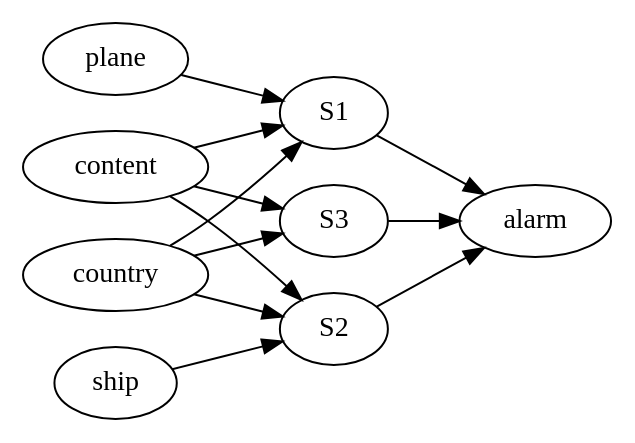
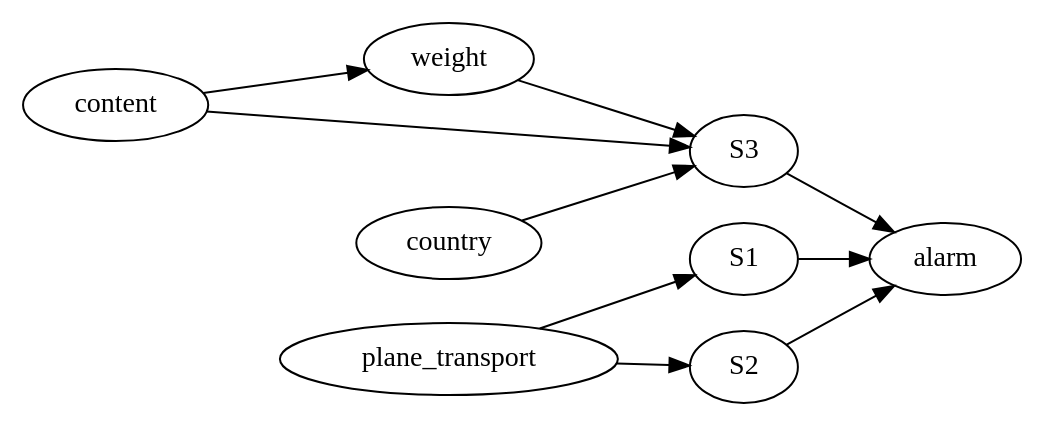
The diagram in examples/logistic_regression/gui/dag.dot (benzene789/CausalTestingFramework), drawn with Graphviz before and after one commit. The commit also changed 16 other files, not shown here.

```diff
--- a/examples/logistic_regression/gui/dag.dot
+++ b/examples/logistic_regression/gui/dag.dot
@@ -1,14 +1,12 @@
 digraph nuclear_detection {
     rankdir=LR;
-    content -> S1;
-    content -> S2;
+    content -> weight;
+    weight -> S3;
+    country -> S3;
     content -> S3;
-    country -> S1;
-    country -> S2;
-    country -> S3;
-    plane -> S1;
-    ship -> S2;
+    plane_transport -> S1;
+    plane_transport -> S2;
     S1 -> alarm;
     S2 -> alarm;
     S3 -> alarm;
 }
```
